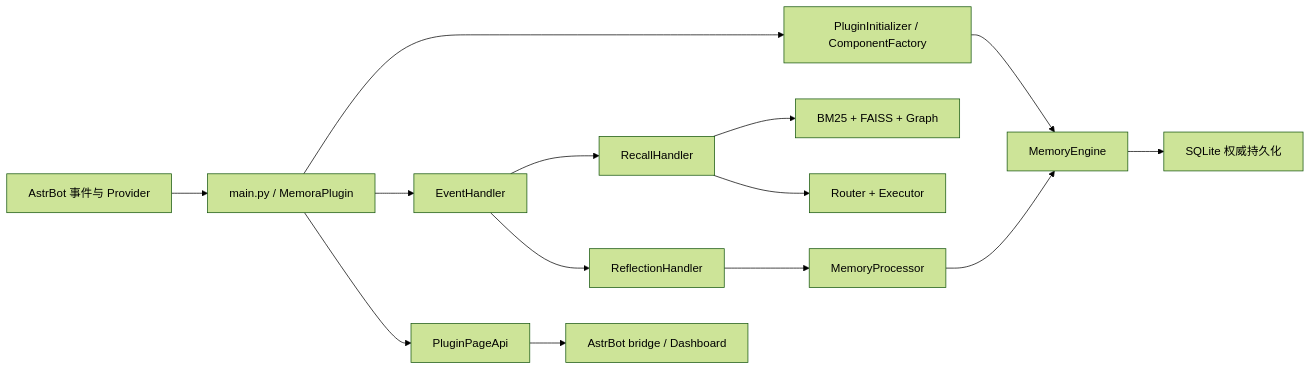
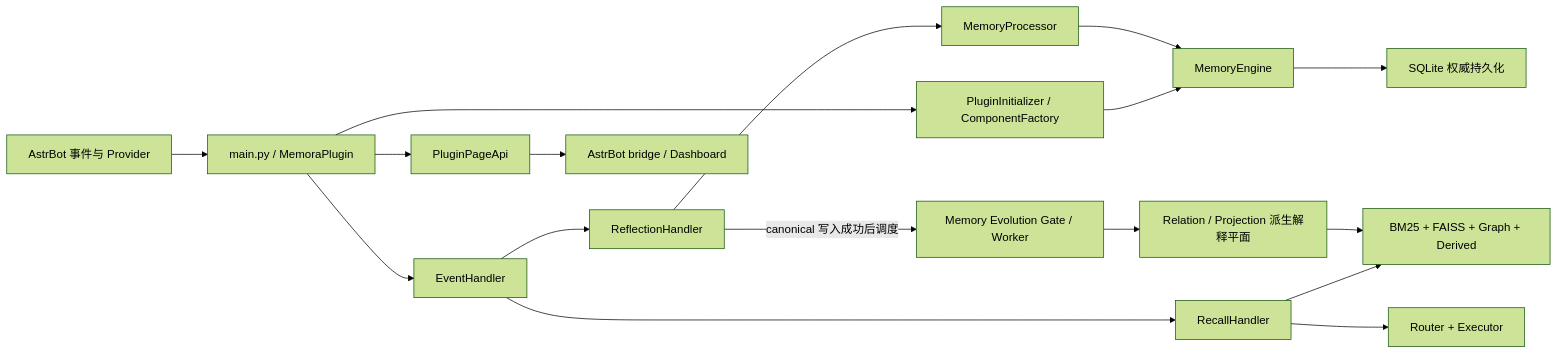
One commit to INSide-734/astrbot_plugin_memora changed the diagram in AGENTS.md. Above: the diagram before and after it, drawn with Mermaid (forest theme). The commit also changed other lines of this file and 16 other files, not shown here.

Commit message:
docs(agents): sync memory evolution and dashboard changes

````diff
--- a/AGENTS.md
+++ b/AGENTS.md
@@ -11,16 +11,19 @@
 ```mermaid
 flowchart LR
     AstrBot["AstrBot 事件与 Provider"] --> Plugin["main.py / MemoraPlugin"]
     Plugin --> Init["PluginInitializer / ComponentFactory"]
     Plugin --> Events["EventHandler"]
     Plugin --> API["PluginPageApi"]
     Init --> Engine["MemoryEngine"]
     Events --> Recall["RecallHandler"]
     Events --> Reflect["ReflectionHandler"]
-    Recall --> Retrieval["BM25 + FAISS + Graph"]
+    Recall --> Retrieval["BM25 + FAISS + Graph + Derived"]
     Recall --> Injection["Router + Executor"]
     Reflect --> Processor["MemoryProcessor"]
     Processor --> Engine
     Engine --> SQLite["SQLite 权威持久化"]
+    Reflect -->|canonical 写入成功后调度| Evolution["Memory Evolution Gate / Worker"]
+    Evolution --> Derived["Relation / Projection 派生解释平面"]
+    Derived --> Retrieval
     API --> Dashboard["AstrBot bridge / Dashboard"]
 ```
````
